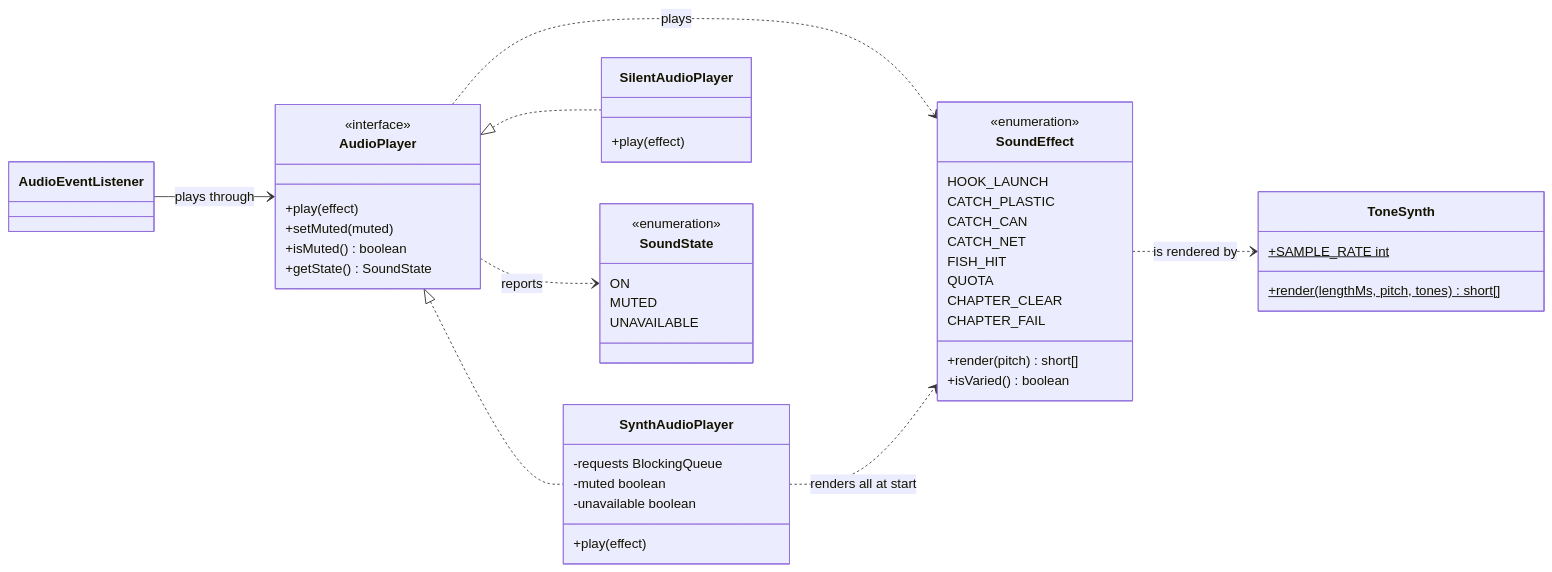
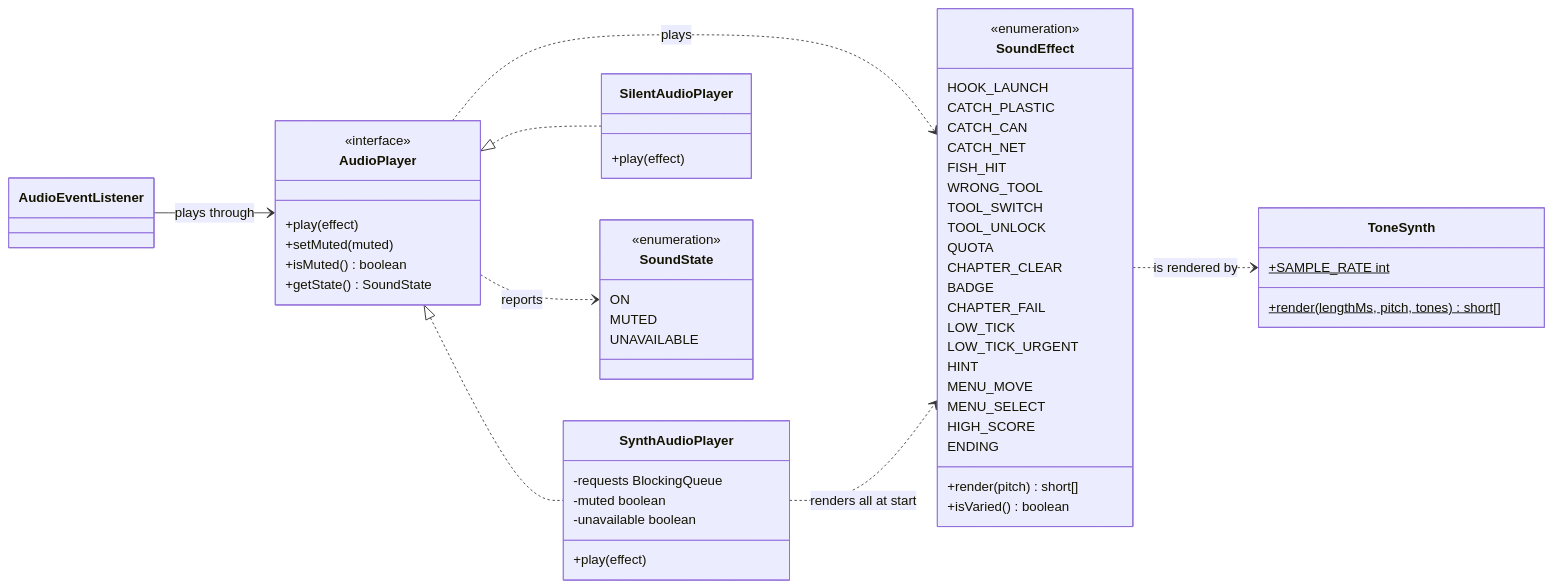
One commit to NJJAV33/Fish2trash changed the sixth of 7 diagrams in docs/class-diagram.md. Above: the diagram before and after it, drawn with Mermaid. The commit also changed other lines of this file and 3 other files, not shown here.

First line of the commit message:
docs: sync README and diagram with final code

````diff
--- a/docs/class-diagram.md
+++ b/docs/class-diagram.md
@@ -766,59 +767,70 @@
 ```mermaid
 classDiagram
     direction LR
 
     class SoundEffect {
         <<enumeration>>
         HOOK_LAUNCH
         CATCH_PLASTIC
         CATCH_CAN
         CATCH_NET
         FISH_HIT
+        WRONG_TOOL
+        TOOL_SWITCH
+        TOOL_UNLOCK
         QUOTA
         CHAPTER_CLEAR
+        BADGE
         CHAPTER_FAIL
+        LOW_TICK
+        LOW_TICK_URGENT
+        HINT
+        MENU_MOVE
+        MENU_SELECT
+        HIGH_SCORE
+        ENDING
         +render(pitch) short[]
         +isVaried() boolean
     }
 
     class ToneSynth {
         +SAMPLE_RATE int$
         +render(lengthMs, pitch, tones)$ short[]
     }
 
     class AudioPlayer {
         <<interface>>
         +play(effect)
         +setMuted(muted)
         +isMuted() boolean
         +getState() SoundState
     }
 
     class SynthAudioPlayer {
         -requests BlockingQueue
         -muted boolean
         -unavailable boolean
         +play(effect)
     }
 
     class SilentAudioPlayer {
         +play(effect)
     }
 
     class AudioEventListener
 
     class SoundState {
         <<enumeration>>
         ON
         MUTED
         UNAVAILABLE
     }
 
     SoundEffect ..> ToneSynth : is rendered by
     AudioPlayer <|.. SynthAudioPlayer
     AudioPlayer <|.. SilentAudioPlayer
     AudioPlayer ..> SoundEffect : plays
     AudioPlayer ..> SoundState : reports
     AudioEventListener --> AudioPlayer : plays through
     SynthAudioPlayer ..> SoundEffect : renders all at start
 ```
````
